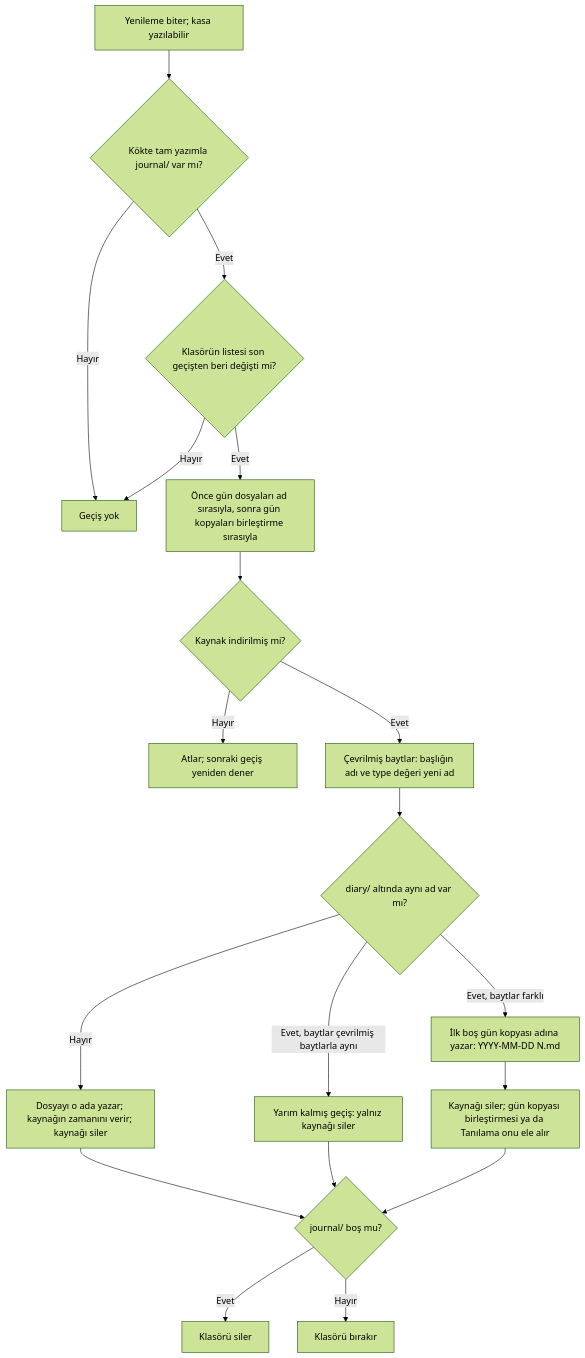
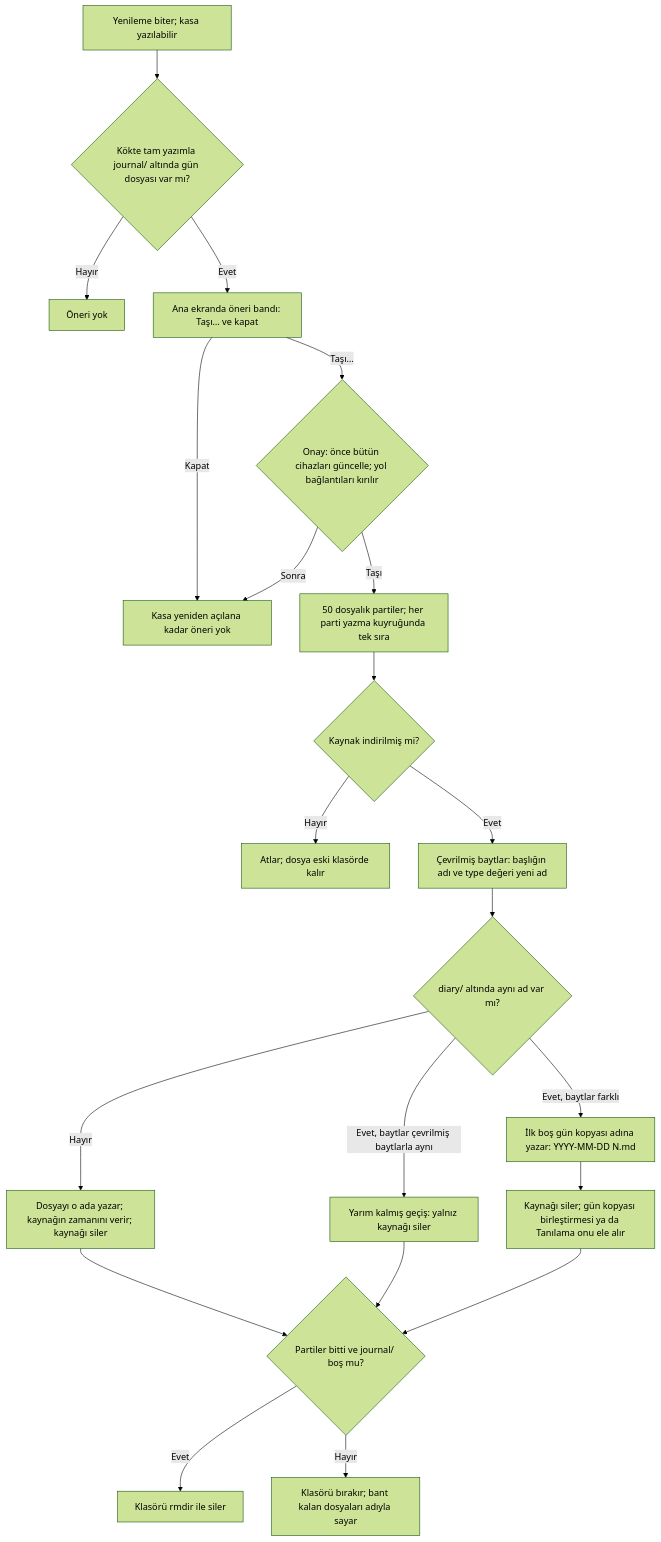
Before and after one commit to dogancanyildiz/kenet: the tenth of 23 diagrams in docs/vault-format.md, drawn with Mermaid (forest theme). The commit also changed other lines of this file and 32 other files, not shown here.

Commit message:
fix: kasa taşıma onaya bağlı; yazıcı eski gün dosyasını kullanır, tarih tek sayılır, toplu taşıma

````diff
--- a/docs/vault-format.md
+++ b/docs/vault-format.md
@@ -828,21 +833,23 @@
 ```mermaid
 flowchart TD
-  A["Yenileme biter; kasa yazılabilir"] --> B{"Kökte tam yazımla journal/ var mı?"}
-  B -- Hayır --> Z["Geçiş yok"]
-  B -- Evet --> C{"Klasörün listesi son geçişten beri değişti mi?"}
-  C -- Hayır --> Z
-  C -- Evet --> D["Önce gün dosyaları ad sırasıyla, sonra gün kopyaları birleştirme sırasıyla"]
+  A["Yenileme biter; kasa yazılabilir"] --> B{"Kökte tam yazımla journal/ altında gün dosyası var mı?"}
+  B -- Hayır --> Z["Öneri yok"]
+  B -- Evet --> O["Ana ekranda öneri bandı: Taşı… ve kapat"]
+  O -- "Kapat" --> Z2["Kasa yeniden açılana kadar öneri yok"]
+  O -- "Taşı…" --> Q{"Onay: önce bütün cihazları güncelle; yol bağlantıları kırılır"}
+  Q -- Sonra --> Z2
+  Q -- Taşı --> D["50 dosyalık partiler; her parti yazma kuyruğunda tek sıra"]
   D --> E{"Kaynak indirilmiş mi?"}
-  E -- Hayır --> E1["Atlar; sonraki geçiş yeniden dener"]
+  E -- Hayır --> E1["Atlar; dosya eski klasörde kalır"]
   E -- Evet --> F["Çevrilmiş baytlar: başlığın adı ve type değeri yeni ad"]
   F --> G{"diary/ altında aynı ad var mı?"}
   G -- Hayır --> H["Dosyayı o ada yazar; kaynağın zamanını verir; kaynağı siler"]
   G -- "Evet, baytlar çevrilmiş baytlarla aynı" --> I["Yarım kalmış geçiş: yalnız kaynağı siler"]
   G -- "Evet, baytlar farklı" --> J["İlk boş gün kopyası adına yazar: YYYY-MM-DD N.md"]
   J --> H2["Kaynağı siler; gün kopyası birleştirmesi ya da Tanılama onu ele alır"]
-  H --> K{"journal/ boş mu?"}
+  H --> K{"Partiler bitti ve journal/ boş mu?"}
   I --> K
   H2 --> K
-  K -- Evet --> L["Klasörü siler"]
-  K -- Hayır --> M["Klasörü bırakır"]
+  K -- Evet --> L["Klasörü rmdir ile siler"]
+  K -- Hayır --> M["Klasörü bırakır; bant kalan dosyaları adıyla sayar"]
 ```
````
